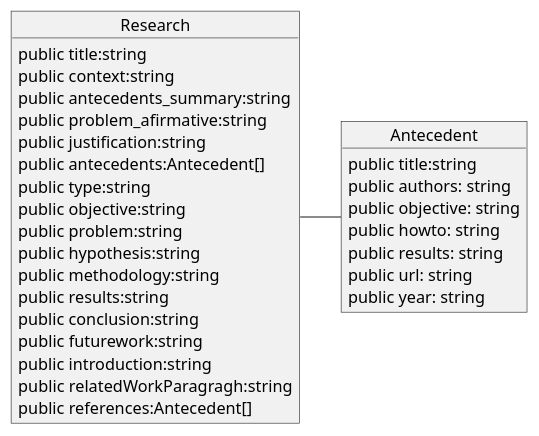
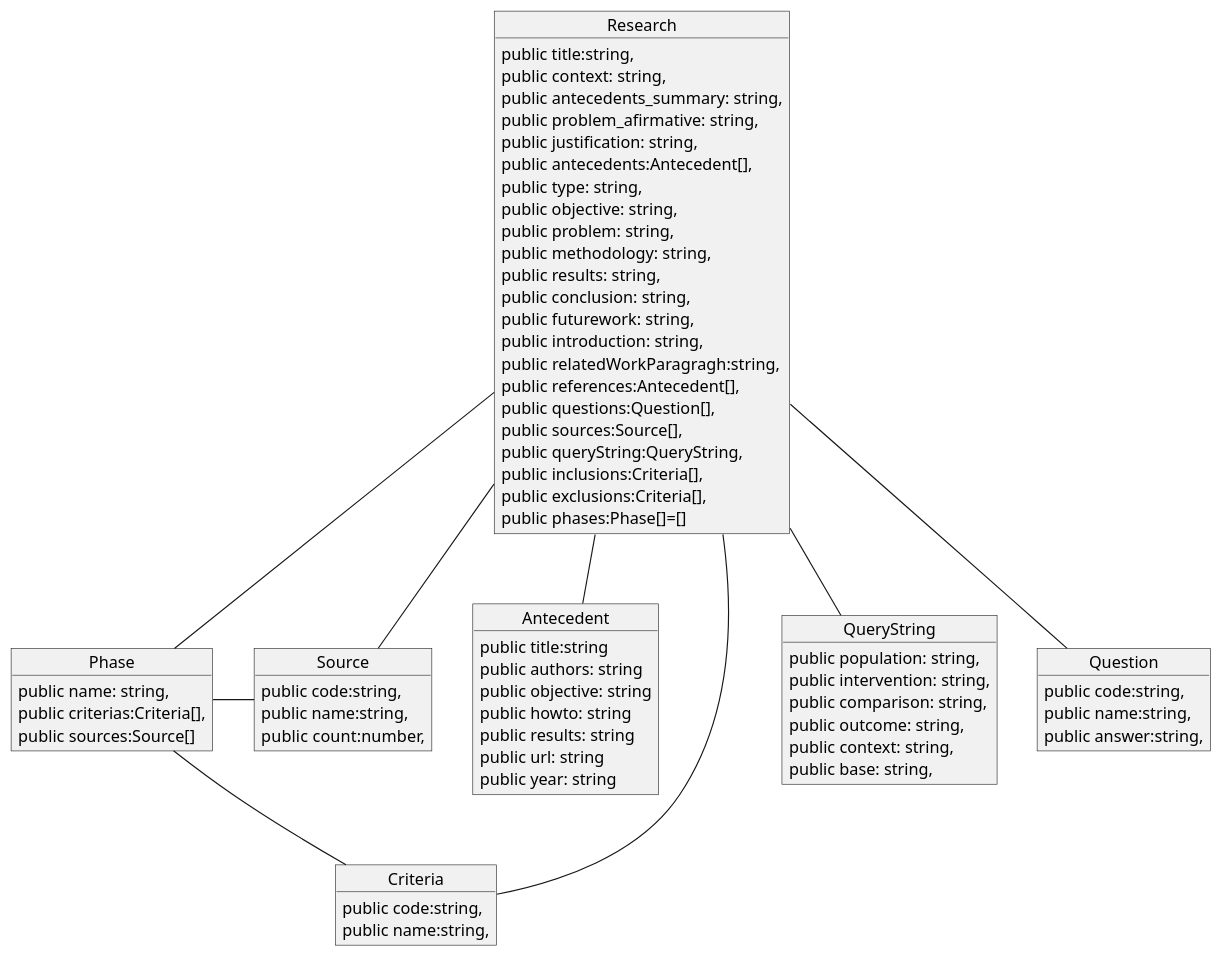
Before and after one commit to AcademicP/secondarystudy-maker: the diagram in docs/data.pu, drawn with PlantUML. The commit also changed 34 other files, not shown here.

```diff
--- a/docs/data.pu
+++ b/docs/data.pu
@@ -1,34 +1,78 @@
 @startuml
 object Antecedent{
   public title:string
   public authors: string
   public objective: string
   public howto: string
   public results: string
   public url: string
   public year: string
 }
 
-object Research{
-  public title:string
-  public context:string
-  public antecedents_summary:string
-  public problem_afirmative:string
-  public justification:string
-  public antecedents:Antecedent[]
-  public type:string
-  public objective:string
-  public problem:string
-  public hypothesis:string
-  public methodology:string
-  public results:string
-  public conclusion:string
-  public futurework:string
-  public introduction:string
-  public relatedWorkParagragh:string
-  public references:Antecedent[]
+object Criteria{
+  public code:string,
+  public name:string,
 }
 
-Research - Antecedent
 
+object Phase{
+  public name: string,
+  public criterias:Criteria[],
+  public sources:Source[]
+}
+
+object QueryString{
+  public population: string,
+  public intervention: string,
+  public comparison: string,
+  public outcome: string,
+  public context: string,
+  public base: string,
+}
+
+object Question{
+  public code:string,
+  public name:string,
+  public answer:string,
+}
+
+object Source{
+  public code:string,
+  public name:string,
+  public count:number,
+}
+
+object Research{
+  public title:string,
+      public context: string,
+      public antecedents_summary: string,
+      public problem_afirmative: string,
+      public justification: string,
+      public antecedents:Antecedent[],
+      public type: string,
+      public objective: string,
+      public problem: string,
+      public methodology: string,
+      public results: string,
+      public conclusion: string,
+      public futurework: string,
+      public introduction: string,
+      public relatedWorkParagragh:string,
+      public references:Antecedent[],
+      public questions:Question[],
+      public sources:Source[],
+      public queryString:QueryString,
+      public inclusions:Criteria[],
+      public exclusions:Criteria[],
+      public phases:Phase[]=[]
+}
+
+Phase -- Criteria
+Phase - Source
+Research -- Antecedent
+Research -- Question
+Research -- Source
+Research -- QueryString
+Research -- Phase
+Research -- Criteria
 @enduml
```
